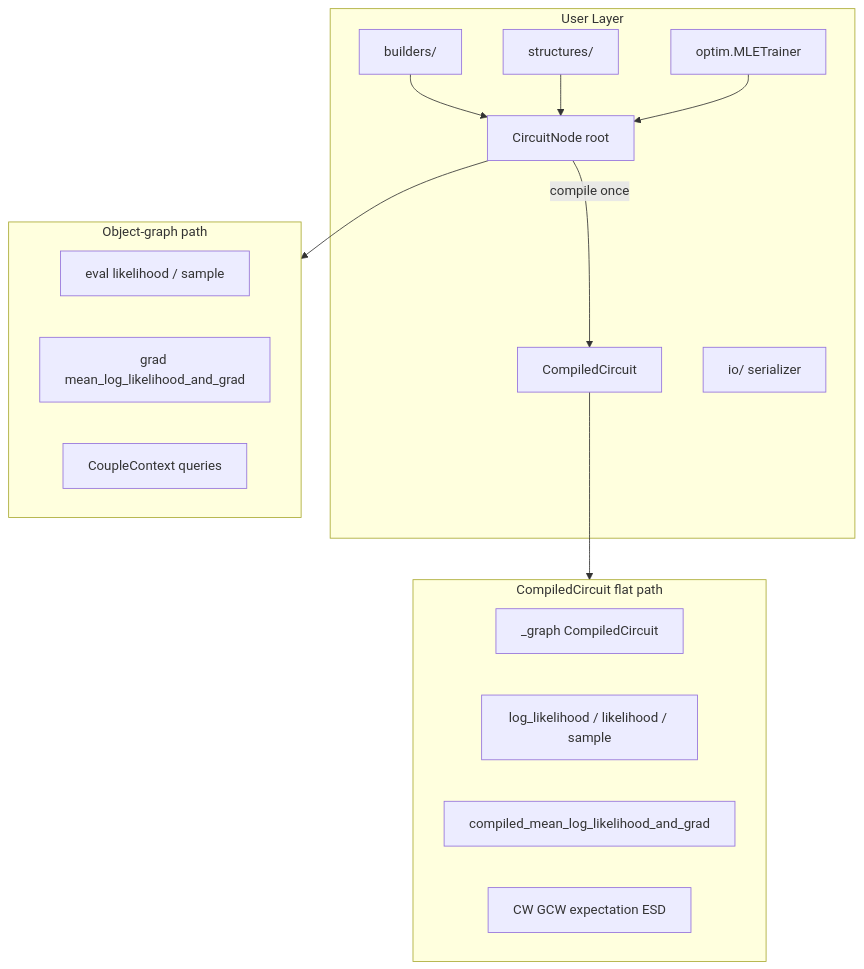
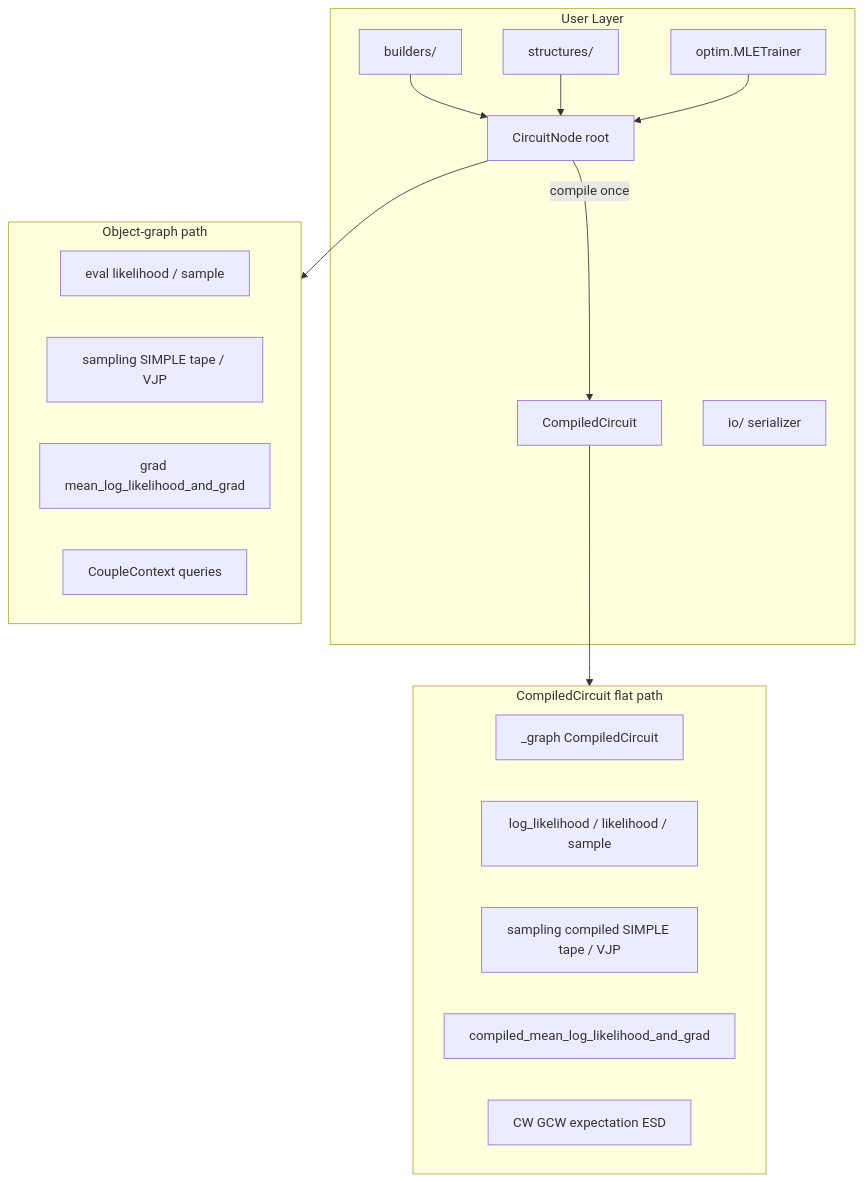
One commit to aciotinga/SparC changed the diagram in docs/handbook/architecture.md. Above: the diagram before and after it, drawn with Mermaid. The commit also changed other lines of this file and 25 other files, not shown here.

First line of the commit message:
Add differentiable SIMPLE sampling and release 0.7.0.

````diff
--- a/docs/handbook/architecture.md
+++ b/docs/handbook/architecture.md
@@ -6,31 +6,33 @@
 ```mermaid
 flowchart TB
     subgraph userLayer [User Layer]
         RootNode[CircuitNode root]
         Compiled[CompiledCircuit]
         Builders[builders/]
         Structures[structures/]
         Optim[optim.MLETrainer]
         IO[io/ serializer]
     end
 
     subgraph objectPath [Object-graph path]
         EvalObj[eval likelihood / sample]
+        SampleObj[sampling SIMPLE tape / VJP]
         GradObj[grad mean_log_likelihood_and_grad]
         CoupleObj[CoupleContext queries]
     end
 
     subgraph flatPath [CompiledCircuit flat path]
         Graph[_graph CompiledCircuit]
         EvalFlat[log_likelihood / likelihood / sample]
+        SampleFlat[sampling compiled SIMPLE tape / VJP]
         GradFlat[compiled_mean_log_likelihood_and_grad]
         QueriesFlat[CW GCW expectation ESD]
     end
 
     Builders --> RootNode
     Structures --> RootNode
     RootNode --> objectPath
     RootNode -->|compile once| Compiled
     Compiled --> flatPath
     Optim --> RootNode
 ```
````
